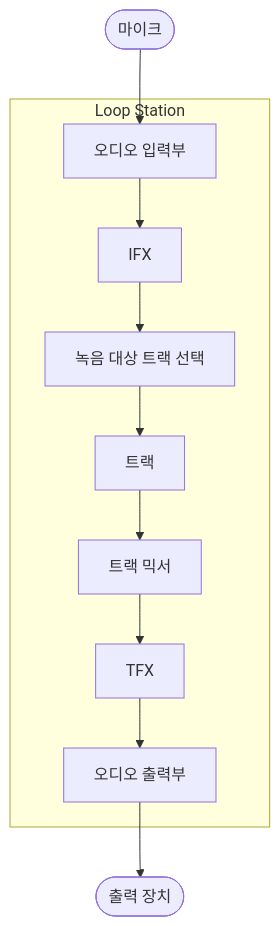
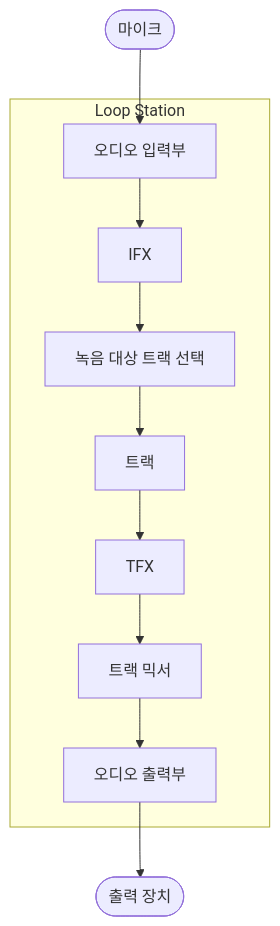
One commit to 10cheon00/rtos-loopstation changed the first of 4 diagrams in docs/software_architecture.md. Above: the diagram before and after it, drawn with Mermaid. The commit also changed other lines of this file, not shown here.

Commit message:
docs: 트랙에 TFX를 적용한 후 믹싱하도록 다이어그램 수정

````diff
--- a/docs/software_architecture.md
+++ b/docs/software_architecture.md
@@ -17,25 +17,25 @@
 ```mermaid
 flowchart TB
     MIC([마이크])
     SPEAKER([출력 장치])
 
     subgraph LOOP["Loop Station"]
         INPUT["오디오 입력부"]
         IFX["IFX"]
         ROUTER["녹음 대상 트랙 선택"]
         TRACK["트랙"]
         MIXER["트랙 믹서"]
         TFX["TFX"]
         OUTPUT["오디오 출력부"]
 
         INPUT --> IFX
         IFX --> ROUTER
         ROUTER --> TRACK
-        TRACK --> MIXER
-        MIXER --> TFX
-        TFX --> OUTPUT
+        TRACK --> TFX
+        TFX --> MIXER
+        MIXER --> OUTPUT
     end
 
     MIC --> INPUT
     OUTPUT --> SPEAKER
 ```
````
